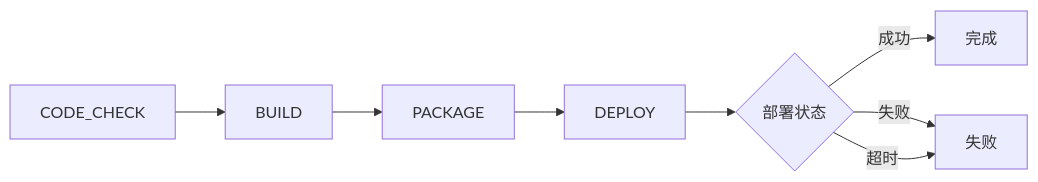
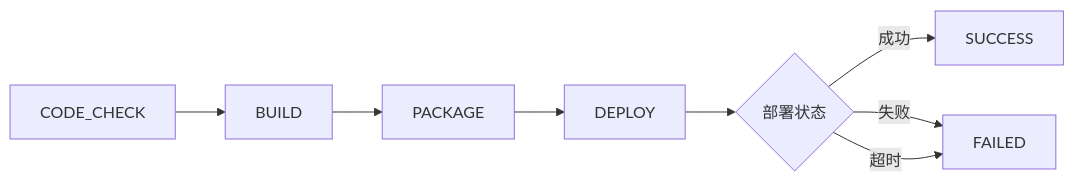
The fourth of 5 diagrams in docs/plans/procode-platform/hld/hld.md (qdw497874677/high-code-doc), drawn with Mermaid before and after one commit. The commit also changed other lines of this file and 1 other file, not shown here.

````diff
--- a/docs/plans/procode-platform/hld/hld.md
+++ b/docs/plans/procode-platform/hld/hld.md
@@ -108,10 +140,10 @@
 ```mermaid
 flowchart LR
     A[CODE_CHECK] --> B[BUILD]
     B --> C[PACKAGE]
     C --> D[DEPLOY]
     D --> E{部署状态}
-    E -->|成功| F[完成]
-    E -->|失败| G[失败]
+    E -->|成功| F[SUCCESS]
+    E -->|失败| G[FAILED]
     E -->|超时| G
 ```
````
